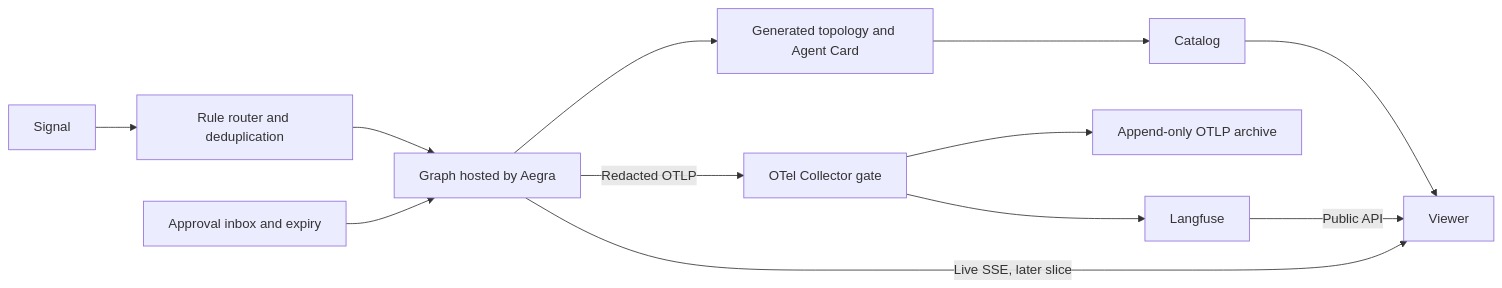
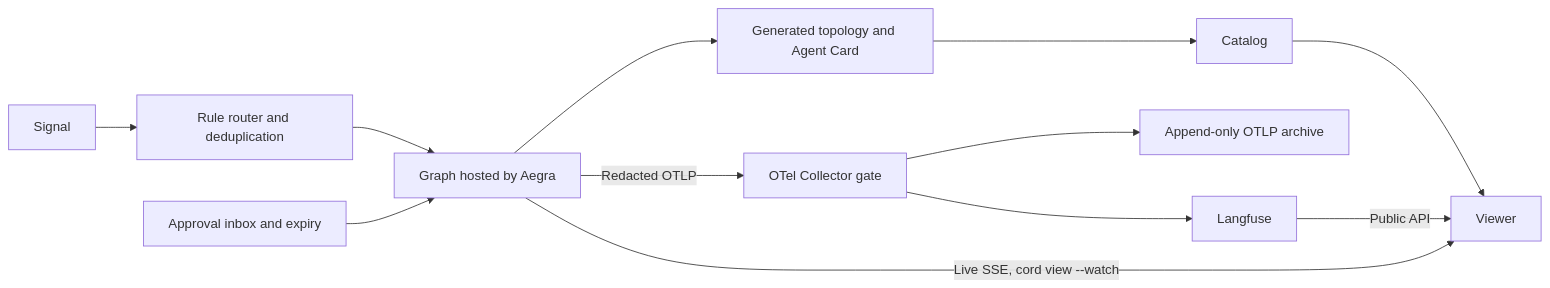
The diagram in ARCHITECTURE.md (agent-topology/cordboard), drawn with Mermaid before and after one commit. The commit also changed other lines of this file and 11 other files, not shown here.

````diff
--- a/ARCHITECTURE.md
+++ b/ARCHITECTURE.md
@@ -168,14 +182,14 @@
 ```mermaid
 flowchart LR
     S[Signal] --> R[Rule router and deduplication]
     R --> G[Graph hosted by Aegra]
     A[Approval inbox and expiry] --> G
     G --> T[Generated topology and Agent Card]
     T --> C[Catalog]
     C --> V[Viewer]
     G -->|Redacted OTLP| O[OTel Collector gate]
     O --> F[Append-only OTLP archive]
     O --> LF[Langfuse]
     LF -->|Public API| V
-    G -->|Live SSE, later slice| V
+    G -->|Live SSE, cord view --watch| V
 ```
````
